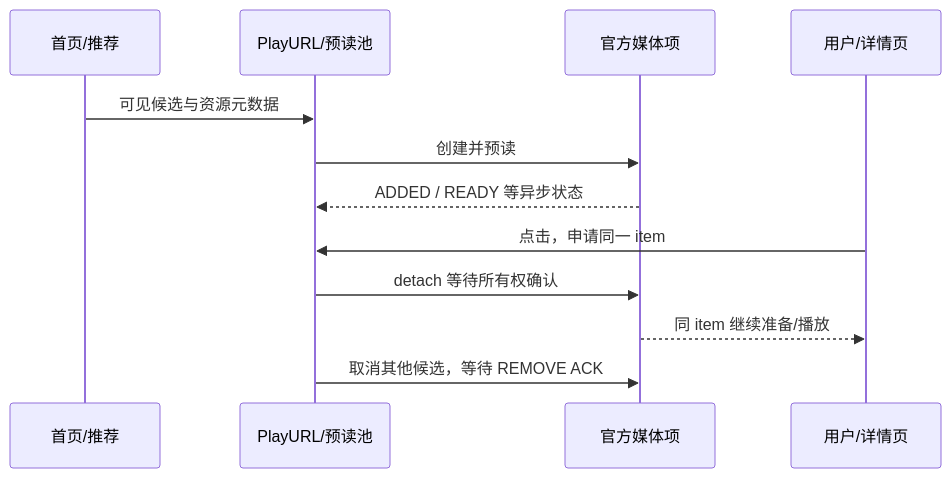
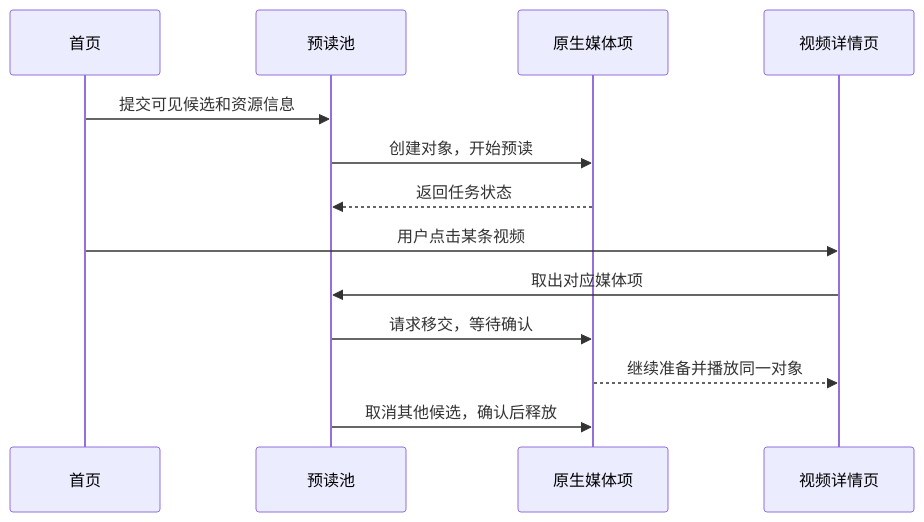
Before and after one commit to windddkz/PiliPlus: the diagram in docs/video-startup-optimization.md, drawn with Mermaid. The commit also changed other lines of this file, not shown here.

````diff
--- a/docs/video-startup-optimization.md
+++ b/docs/video-startup-optimization.md
@@ -75,14 +13,15 @@
 ```mermaid
 sequenceDiagram
-  participant H as 首页/推荐
-  participant P as PlayURL/预读池
-  participant N as 官方媒体项
-  participant U as 用户/详情页
-  H->>P: 可见候选与资源元数据
-  P->>N: 创建并预读
-  N-->>P: ADDED / READY 等异步状态
-  U->>P: 点击，申请同一 item
-  P->>N: detach 等待所有权确认
-  N-->>U: 同 item 继续准备/播放
-  P->>N: 取消其他候选，等待 REMOVE ACK
+  participant H as 首页
+  participant P as 预读池
+  participant N as 原生媒体项
+  participant D as 视频详情页
+  H->>P: 提交可见候选和资源信息
+  P->>N: 创建对象，开始预读
+  N-->>P: 返回任务状态
+  H->>D: 用户点击某条视频
+  D->>P: 取出对应媒体项
+  P->>N: 请求移交，等待确认
+  N-->>D: 继续准备并播放同一对象
+  P->>N: 取消其他候选，确认后释放
 ```
````
